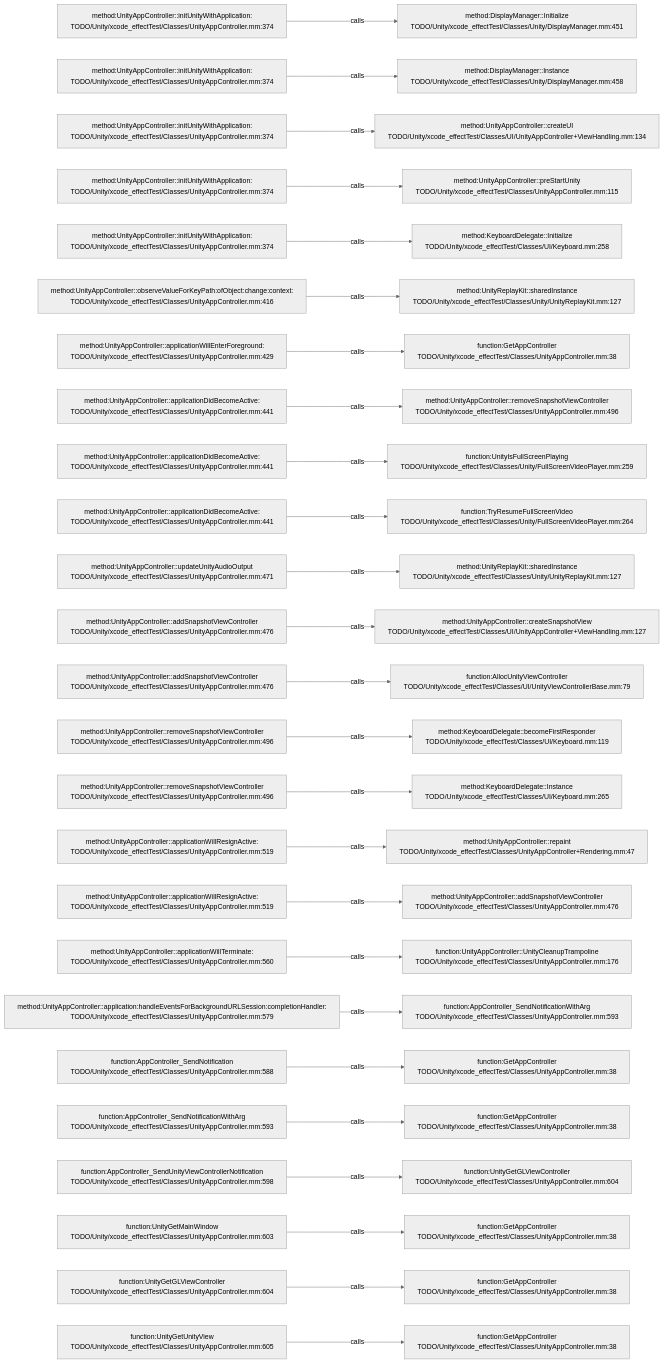
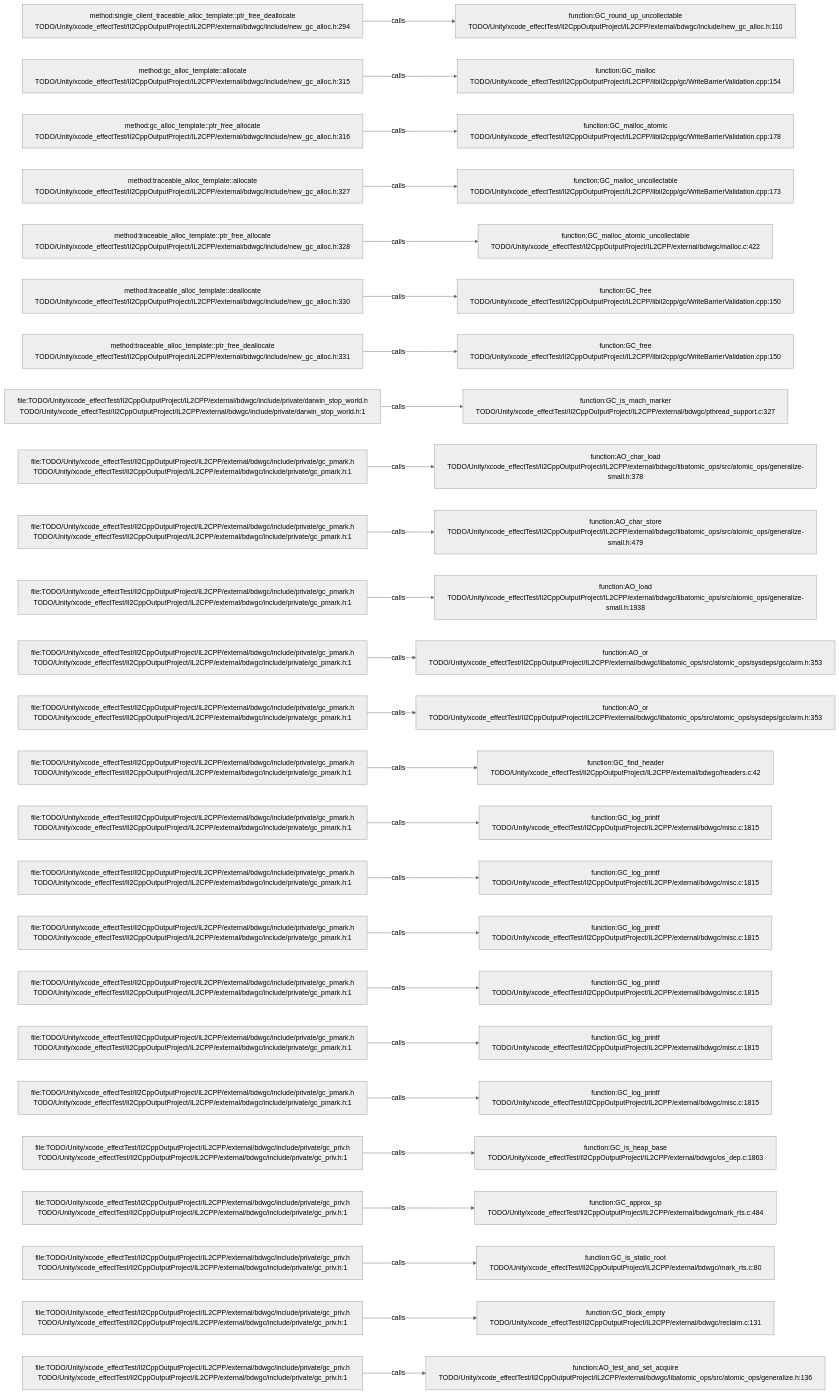
One commit to JobsKits/JobsSwiftBaseConfigDemo changed the diagram in .codegraph/codegraph.md/graphs/calls-116.md. Above: the diagram before and after it, drawn with Mermaid (neutral theme). The commit also changed 227 other files, not shown here.

````diff
--- a/.codegraph/codegraph.md/graphs/calls-116.md
+++ b/.codegraph/codegraph.md/graphs/calls-116.md
@@ -13,78 +13,78 @@
 ```mermaid
 flowchart LR
-  S1["method:UnityAppController::initUnityWithApplication:<br/>TODO/Unity/xcode_effectTest/Classes/UnityAppController.mm:374"]
-  T1["method:DisplayManager::Initialize<br/>TODO/Unity/xcode_effectTest/Classes/Unity/DisplayManager.mm:451"]
+  S1["method:single_client_traceable_alloc_template::ptr_free_deallocate<br/>TODO/Unity/xcode_effectTest/Il2CppOutputProject/IL2CPP/external/bdwgc/include/new_gc_alloc.h:294"]
+  T1["function:GC_round_up_uncollectable<br/>TODO/Unity/xcode_effectTest/Il2CppOutputProject/IL2CPP/external/bdwgc/include/new_gc_alloc.h:110"]
   S1 -->|calls| T1
-  S2["method:UnityAppController::initUnityWithApplication:<br/>TODO/Unity/xcode_effectTest/Classes/UnityAppController.mm:374"]
-  T2["method:DisplayManager::Instance<br/>TODO/Unity/xcode_effectTest/Classes/Unity/DisplayManager.mm:458"]
+  S2["method:gc_alloc_template::allocate<br/>TODO/Unity/xcode_effectTest/Il2CppOutputProject/IL2CPP/external/bdwgc/include/new_gc_alloc.h:315"]
+  T2["function:GC_malloc<br/>TODO/Unity/xcode_effectTest/Il2CppOutputProject/IL2CPP/libil2cpp/gc/WriteBarrierValidation.cpp:154"]
   S2 -->|calls| T2
-  S3["method:UnityAppController::initUnityWithApplication:<br/>TODO/Unity/xcode_effectTest/Classes/UnityAppController.mm:374"]
-  T3["method:UnityAppController::createUI<br/>TODO/Unity/xcode_effectTest/Classes/UI/UnityAppController+ViewHandling.mm:134"]
+  S3["method:gc_alloc_template::ptr_free_allocate<br/>TODO/Unity/xcode_effectTest/Il2CppOutputProject/IL2CPP/external/bdwgc/include/new_gc_alloc.h:316"]
+  T3["function:GC_malloc_atomic<br/>TODO/Unity/xcode_effectTest/Il2CppOutputProject/IL2CPP/libil2cpp/gc/WriteBarrierValidation.cpp:178"]
   S3 -->|calls| T3
-  S4["method:UnityAppController::initUnityWithApplication:<br/>TODO/Unity/xcode_effectTest/Classes/UnityAppController.mm:374"]
-  T4["method:UnityAppController::preStartUnity<br/>TODO/Unity/xcode_effectTest/Classes/UnityAppController.mm:115"]
+  S4["method:traceable_alloc_template::allocate<br/>TODO/Unity/xcode_effectTest/Il2CppOutputProject/IL2CPP/external/bdwgc/include/new_gc_alloc.h:327"]
+  T4["function:GC_malloc_uncollectable<br/>TODO/Unity/xcode_effectTest/Il2CppOutputProject/IL2CPP/libil2cpp/gc/WriteBarrierValidation.cpp:173"]
   S4 -->|calls| T4
-  S5["method:UnityAppController::initUnityWithApplication:<br/>TODO/Unity/xcode_effectTest/Classes/UnityAppController.mm:374"]
-  T5["method:KeyboardDelegate::Initialize<br/>TODO/Unity/xcode_effectTest/Classes/UI/Keyboard.mm:258"]
+  S5["method:traceable_alloc_template::ptr_free_allocate<br/>TODO/Unity/xcode_effectTest/Il2CppOutputProject/IL2CPP/external/bdwgc/include/new_gc_alloc.h:328"]
+  T5["function:GC_malloc_atomic_uncollectable<br/>TODO/Unity/xcode_effectTest/Il2CppOutputProject/IL2CPP/external/bdwgc/malloc.c:422"]
   S5 -->|calls| T5
-  S6["method:UnityAppController::observeValueForKeyPath:ofObject:change:context:<br/>TODO/Unity/xcode_effectTest/Classes/UnityAppController.mm:416"]
-  T6["method:UnityReplayKit::sharedInstance<br/>TODO/Unity/xcode_effectTest/Classes/Unity/UnityReplayKit.mm:127"]
+  S6["method:traceable_alloc_template::deallocate<br/>TODO/Unity/xcode_effectTest/Il2CppOutputProject/IL2CPP/external/bdwgc/include/new_gc_alloc.h:330"]
+  T6["function:GC_free<br/>TODO/Unity/xcode_effectTest/Il2CppOutputProject/IL2CPP/libil2cpp/gc/WriteBarrierValidation.cpp:150"]
   S6 -->|calls| T6
-  S7["method:UnityAppController::applicationWillEnterForeground:<br/>TODO/Unity/xcode_effectTest/Classes/UnityAppController.mm:429"]
-  T7["function:GetAppController<br/>TODO/Unity/xcode_effectTest/Classes/UnityAppController.mm:38"]
+  S7["method:traceable_alloc_template::ptr_free_deallocate<br/>TODO/Unity/xcode_effectTest/Il2CppOutputProject/IL2CPP/external/bdwgc/include/new_gc_alloc.h:331"]
+  T7["function:GC_free<br/>TODO/Unity/xcode_effectTest/Il2CppOutputProject/IL2CPP/libil2cpp/gc/WriteBarrierValidation.cpp:150"]
   S7 -->|calls| T7
-  S8["method:UnityAppController::applicationDidBecomeActive:<br/>TODO/Unity/xcode_effectTest/Classes/UnityAppController.mm:441"]
-  T8["method:UnityAppController::removeSnapshotViewController<br/>TODO/Unity/xcode_effectTest/Classes/UnityAppController.mm:496"]
+  S8["file:TODO/Unity/xcode_effectTest/Il2CppOutputProject/IL2CPP/external/bdwgc/include/private/darwin_stop_world.h<br/>TODO/Unity/xcode_effectTest/Il2CppOutputProject/IL2CPP/external/bdwgc/include/private/darwin_stop_world.h:1"]
+  T8["function:GC_is_mach_marker<br/>TODO/Unity/xcode_effectTest/Il2CppOutputProject/IL2CPP/external/bdwgc/pthread_support.c:327"]
   S8 -->|calls| T8
-  S9["method:UnityAppController::applicationDidBecomeActive:<br/>TODO/Unity/xcode_effectTest/Classes/UnityAppController.mm:441"]
-  T9["function:UnityIsFullScreenPlaying<br/>TODO/Unity/xcode_effectTest/Classes/Unity/FullScreenVideoPlayer.mm:259"]
+  S9["file:TODO/Unity/xcode_effectTest/Il2CppOutputProject/IL2CPP/external/bdwgc/include/private/gc_pmark.h<br/>TODO/Unity/xcode_effectTest/Il2CppOutputProject/IL2CPP/external/bdwgc/include/private/gc_pmark.h:1"]
+  T9["function:AO_char_load<br/>TODO/Unity/xcode_effectTest/Il2CppOutputProject/IL2CPP/external/bdwgc/libatomic_ops/src/atomic_ops/generalize-small.h:378"]
   S9 -->|calls| T9
-  S10["method:UnityAppController::applicationDidBecomeActive:<br/>TODO/Unity/xcode_effectTest/Classes/UnityAppController.mm:441"]
-  T10["function:TryResumeFullScreenVideo<br/>TODO/Unity/xcode_effectTest/Classes/Unity/FullScreenVideoPlayer.mm:264"]
+  S10["file:TODO/Unity/xcode_effectTest/Il2CppOutputProject/IL2CPP/external/bdwgc/include/private/gc_pmark.h<br/>TODO/Unity/xcode_effectTest/Il2CppOutputProject/IL2CPP/external/bdwgc/include/private/gc_pmark.h:1"]
+  T10["function:AO_char_store<br/>TODO/Unity/xcode_effectTest/Il2CppOutputProject/IL2CPP/external/bdwgc/libatomic_ops/src/atomic_ops/generalize-small.h:479"]
   S10 -->|calls| T10
-  S11["method:UnityAppController::updateUnityAudioOutput<br/>TODO/Unity/xcode_effectTest/Classes/UnityAppController.mm:471"]
-  T11["method:UnityReplayKit::sharedInstance<br/>TODO/Unity/xcode_effectTest/Classes/Unity/UnityReplayKit.mm:127"]
+  S11["file:TODO/Unity/xcode_effectTest/Il2CppOutputProject/IL2CPP/external/bdwgc/include/private/gc_pmark.h<br/>TODO/Unity/xcode_effectTest/Il2CppOutputProject/IL2CPP/external/bdwgc/include/private/gc_pmark.h:1"]
+  T11["function:AO_load<br/>TODO/Unity/xcode_effectTest/Il2CppOutputProject/IL2CPP/external/bdwgc/libatomic_ops/src/atomic_ops/generalize-small.h:1938"]
   S11 -->|calls| T11
-  S12["method:UnityAppController::addSnapshotViewController<br/>TODO/Unity/xcode_effectTest/Classes/UnityAppController.mm:476"]
-  T12["method:UnityAppController::createSnapshotView<br/>TODO/Unity/xcode_effectTest/Classes/UI/UnityAppController+ViewHandling.mm:127"]
+  S12["file:TODO/Unity/xcode_effectTest/Il2CppOutputProject/IL2CPP/external/bdwgc/include/private/gc_pmark.h<br/>TODO/Unity/xcode_effectTest/Il2CppOutputProject/IL2CPP/external/bdwgc/include/private/gc_pmark.h:1"]
+  T12["function:AO_or<br/>TODO/Unity/xcode_effectTest/Il2CppOutputProject/IL2CPP/external/bdwgc/libatomic_ops/src/atomic_ops/sysdeps/gcc/arm.h:353"]
   S12 -->|calls| T12
-  S13["method:UnityAppController::addSnapshotViewController<br/>TODO/Unity/xcode_effectTest/Classes/UnityAppController.mm:476"]
-  T13["function:AllocUnityViewController<br/>TODO/Unity/xcode_effectTest/Classes/UI/UnityViewControllerBase.mm:79"]
+  S13["file:TODO/Unity/xcode_effectTest/Il2CppOutputProject/IL2CPP/external/bdwgc/include/private/gc_pmark.h<br/>TODO/Unity/xcode_effectTest/Il2CppOutputProject/IL2CPP/external/bdwgc/include/private/gc_pmark.h:1"]
+  T13["function:AO_or<br/>TODO/Unity/xcode_effectTest/Il2CppOutputProject/IL2CPP/external/bdwgc/libatomic_ops/src/atomic_ops/sysdeps/gcc/arm.h:353"]
   S13 -->|calls| T13
-  S14["method:UnityAppController::removeSnapshotViewController<br/>TODO/Unity/xcode_effectTest/Classes/UnityAppController.mm:496"]
-  T14["method:KeyboardDelegate::becomeFirstResponder<br/>TODO/Unity/xcode_effectTest/Classes/UI/Keyboard.mm:119"]
+  S14["file:TODO/Unity/xcode_effectTest/Il2CppOutputProject/IL2CPP/external/bdwgc/include/private/gc_pmark.h<br/>TODO/Unity/xcode_effectTest/Il2CppOutputProject/IL2CPP/external/bdwgc/include/private/gc_pmark.h:1"]
+  T14["function:GC_find_header<br/>TODO/Unity/xcode_effectTest/Il2CppOutputProject/IL2CPP/external/bdwgc/headers.c:42"]
   S14 -->|calls| T14
-  S15["method:UnityAppController::removeSnapshotViewController<br/>TODO/Unity/xcode_effectTest/Classes/UnityAppController.mm:496"]
-  T15["method:KeyboardDelegate::Instance<br/>TODO/Unity/xcode_effectTest/Classes/UI/Keyboard.mm:265"]
+  S15["file:TODO/Unity/xcode_effectTest/Il2CppOutputProject/IL2CPP/external/bdwgc/include/private/gc_pmark.h<br/>TODO/Unity/xcode_effectTest/Il2CppOutputProject/IL2CPP/external/bdwgc/include/private/gc_pmark.h:1"]
+  T15["function:GC_log_printf<br/>TODO/Unity/xcode_effectTest/Il2CppOutputProject/IL2CPP/external/bdwgc/misc.c:1815"]
   S15 -->|calls| T15
-  S16["method:UnityAppController::applicationWillResignActive:<br/>TODO/Unity/xcode_effectTest/Classes/UnityAppController.mm:519"]
-  T16["method:UnityAppController::repaint<br/>TODO/Unity/xcode_effectTest/Classes/UnityAppController+Rendering.mm:47"]
+  S16["file:TODO/Unity/xcode_effectTest/Il2CppOutputProject/IL2CPP/external/bdwgc/include/private/gc_pmark.h<br/>TODO/Unity/xcode_effectTest/Il2CppOutputProject/IL2CPP/external/bdwgc/include/private/gc_pmark.h:1"]
+  T16["function:GC_log_printf<br/>TODO/Unity/xcode_effectTest/Il2CppOutputProject/IL2CPP/external/bdwgc/misc.c:1815"]
   S16 -->|calls| T16
-  S17["method:UnityAppController::applicationWillResignActive:<br/>TODO/Unity/xcode_effectTest/Classes/UnityAppController.mm:519"]
-  T17["method:UnityAppController::addSnapshotViewController<br/>TODO/Unity/xcode_effectTest/Classes/UnityAppController.mm:476"]
+  S17["file:TODO/Unity/xcode_effectTest/Il2CppOutputProject/IL2CPP/external/bdwgc/include/private/gc_pmark.h<br/>TODO/Unity/xcode_effectTest/Il2CppOutputProject/IL2CPP/external/bdwgc/include/private/gc_pmark.h:1"]
+  T17["function:GC_log_printf<br/>TODO/Unity/xcode_effectTest/Il2CppOutputProject/IL2CPP/external/bdwgc/misc.c:1815"]
   S17 -->|calls| T17
-  S18["method:UnityAppController::applicationWillTerminate:<br/>TODO/Unity/xcode_effectTest/Classes/UnityAppController.mm:560"]
-  T18["function:UnityAppController::UnityCleanupTrampoline<br/>TODO/Unity/xcode_effectTest/Classes/UnityAppController.mm:176"]
+  S18["file:TODO/Unity/xcode_effectTest/Il2CppOutputProject/IL2CPP/external/bdwgc/include/private/gc_pmark.h<br/>TODO/Unity/xcode_effectTest/Il2CppOutputProject/IL2CPP/external/bdwgc/include/private/gc_pmark.h:1"]
+  T18["function:GC_log_printf<br/>TODO/Unity/xcode_effectTest/Il2CppOutputProject/IL2CPP/external/bdwgc/misc.c:1815"]
   S18 -->|calls| T18
-  S19["method:UnityAppController::application:handleEventsForBackgroundURLSession:completionHandler:<br/>TODO/Unity/xcode_effectTest/Classes/UnityAppController.mm:579"]
-  T19["function:AppController_SendNotificationWithArg<br/>TODO/Unity/xcode_effectTest/Classes/UnityAppController.mm:593"]
+  S19["file:TODO/Unity/xcode_effectTest/Il2CppOutputProject/IL2CPP/external/bdwgc/include/private/gc_pmark.h<br/>TODO/Unity/xcode_effectTest/Il2CppOutputProject/IL2CPP/external/bdwgc/include/private/gc_pmark.h:1"]
+  T19["function:GC_log_printf<br/>TODO/Unity/xcode_effectTest/Il2CppOutputProject/IL2CPP/external/bdwgc/misc.c:1815"]
   S19 -->|calls| T19
-  S20["function:AppController_SendNotification<br/>TODO/Unity/xcode_effectTest/Classes/UnityAppController.mm:588"]
-  T20["function:GetAppController<br/>TODO/Unity/xcode_effectTest/Classes/UnityAppController.mm:38"]
+  S20["file:TODO/Unity/xcode_effectTest/Il2CppOutputProject/IL2CPP/external/bdwgc/include/private/gc_pmark.h<br/>TODO/Unity/xcode_effectTest/Il2CppOutputProject/IL2CPP/external/bdwgc/include/private/gc_pmark.h:1"]
+  T20["function:GC_log_printf<br/>TODO/Unity/xcode_effectTest/Il2CppOutputProject/IL2CPP/external/bdwgc/misc.c:1815"]
   S20 -->|calls| T20
-  S21["function:AppController_SendNotificationWithArg<br/>TODO/Unity/xcode_effectTest/Classes/UnityAppController.mm:593"]
-  T21["function:GetAppController<br/>TODO/Unity/xcode_effectTest/Classes/UnityAppController.mm:38"]
+  S21["file:TODO/Unity/xcode_effectTest/Il2CppOutputProject/IL2CPP/external/bdwgc/include/private/gc_priv.h<br/>TODO/Unity/xcode_effectTest/Il2CppOutputProject/IL2CPP/external/bdwgc/include/private/gc_priv.h:1"]
+  T21["function:GC_is_heap_base<br/>TODO/Unity/xcode_effectTest/Il2CppOutputProject/IL2CPP/external/bdwgc/os_dep.c:1863"]
   S21 -->|calls| T21
-  S22["function:AppController_SendUnityViewControllerNotification<br/>TODO/Unity/xcode_effectTest/Classes/UnityAppController.mm:598"]
-  T22["function:UnityGetGLViewController<br/>TODO/Unity/xcode_effectTest/Classes/UnityAppController.mm:604"]
+  S22["file:TODO/Unity/xcode_effectTest/Il2CppOutputProject/IL2CPP/external/bdwgc/include/private/gc_priv.h<br/>TODO/Unity/xcode_effectTest/Il2CppOutputProject/IL2CPP/external/bdwgc/include/private/gc_priv.h:1"]
+  T22["function:GC_approx_sp<br/>TODO/Unity/xcode_effectTest/Il2CppOutputProject/IL2CPP/external/bdwgc/mark_rts.c:484"]
   S22 -->|calls| T22
-  S23["function:UnityGetMainWindow<br/>TODO/Unity/xcode_effectTest/Classes/UnityAppController.mm:603"]
-  T23["function:GetAppController<br/>TODO/Unity/xcode_effectTest/Classes/UnityAppController.mm:38"]
+  S23["file:TODO/Unity/xcode_effectTest/Il2CppOutputProject/IL2CPP/external/bdwgc/include/private/gc_priv.h<br/>TODO/Unity/xcode_effectTest/Il2CppOutputProject/IL2CPP/external/bdwgc/include/private/gc_priv.h:1"]
+  T23["function:GC_is_static_root<br/>TODO/Unity/xcode_effectTest/Il2CppOutputProject/IL2CPP/external/bdwgc/mark_rts.c:80"]
   S23 -->|calls| T23
-  S24["function:UnityGetGLViewController<br/>TODO/Unity/xcode_effectTest/Classes/UnityAppController.mm:604"]
-  T24["function:GetAppController<br/>TODO/Unity/xcode_effectTest/Classes/UnityAppController.mm:38"]
+  S24["file:TODO/Unity/xcode_effectTest/Il2CppOutputProject/IL2CPP/external/bdwgc/include/private/gc_priv.h<br/>TODO/Unity/xcode_effectTest/Il2CppOutputProject/IL2CPP/external/bdwgc/include/private/gc_priv.h:1"]
+  T24["function:GC_block_empty<br/>TODO/Unity/xcode_effectTest/Il2CppOutputProject/IL2CPP/external/bdwgc/reclaim.c:131"]
   S24 -->|calls| T24
-  S25["function:UnityGetUnityView<br/>TODO/Unity/xcode_effectTest/Classes/UnityAppController.mm:605"]
-  T25["function:GetAppController<br/>TODO/Unity/xcode_effectTest/Classes/UnityAppController.mm:38"]
+  S25["file:TODO/Unity/xcode_effectTest/Il2CppOutputProject/IL2CPP/external/bdwgc/include/private/gc_priv.h<br/>TODO/Unity/xcode_effectTest/Il2CppOutputProject/IL2CPP/external/bdwgc/include/private/gc_priv.h:1"]
+  T25["function:AO_test_and_set_acquire<br/>TODO/Unity/xcode_effectTest/Il2CppOutputProject/IL2CPP/external/bdwgc/libatomic_ops/src/atomic_ops/generalize.h:136"]
   S25 -->|calls| T25
 ```
````
